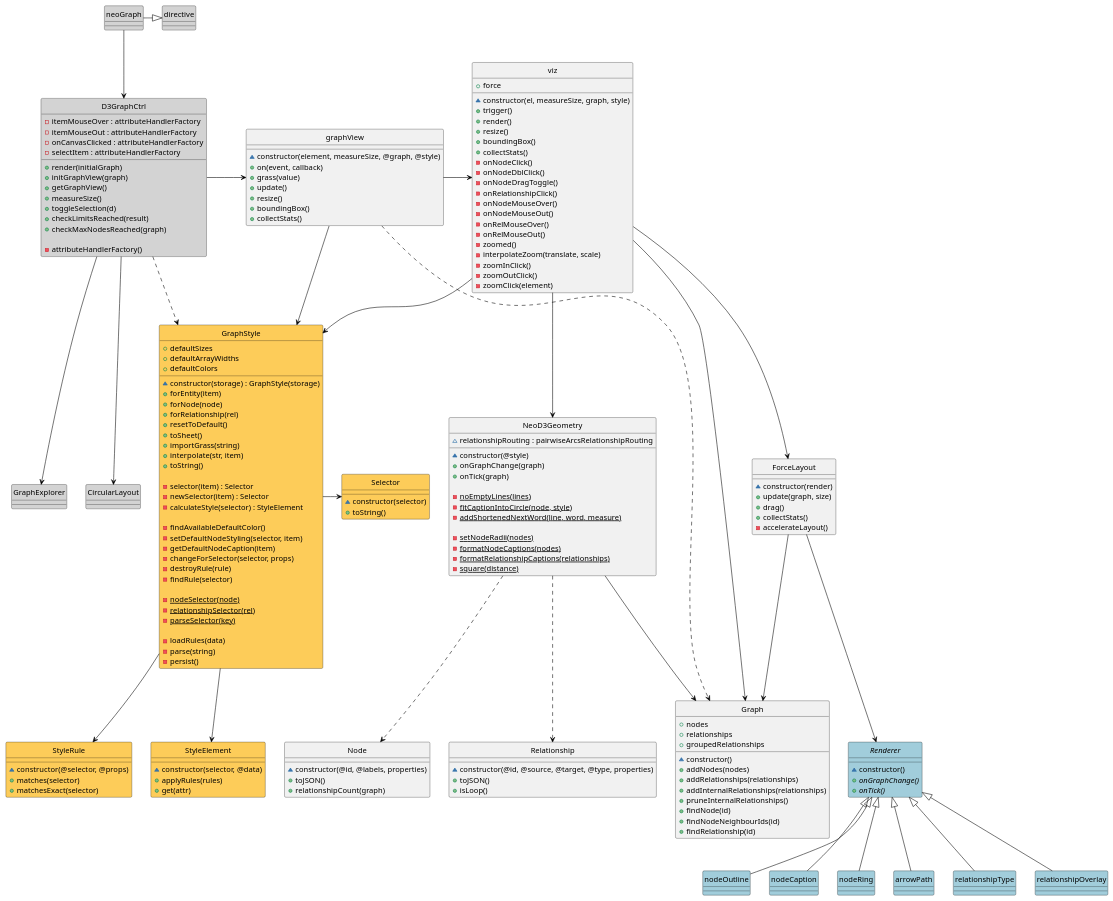
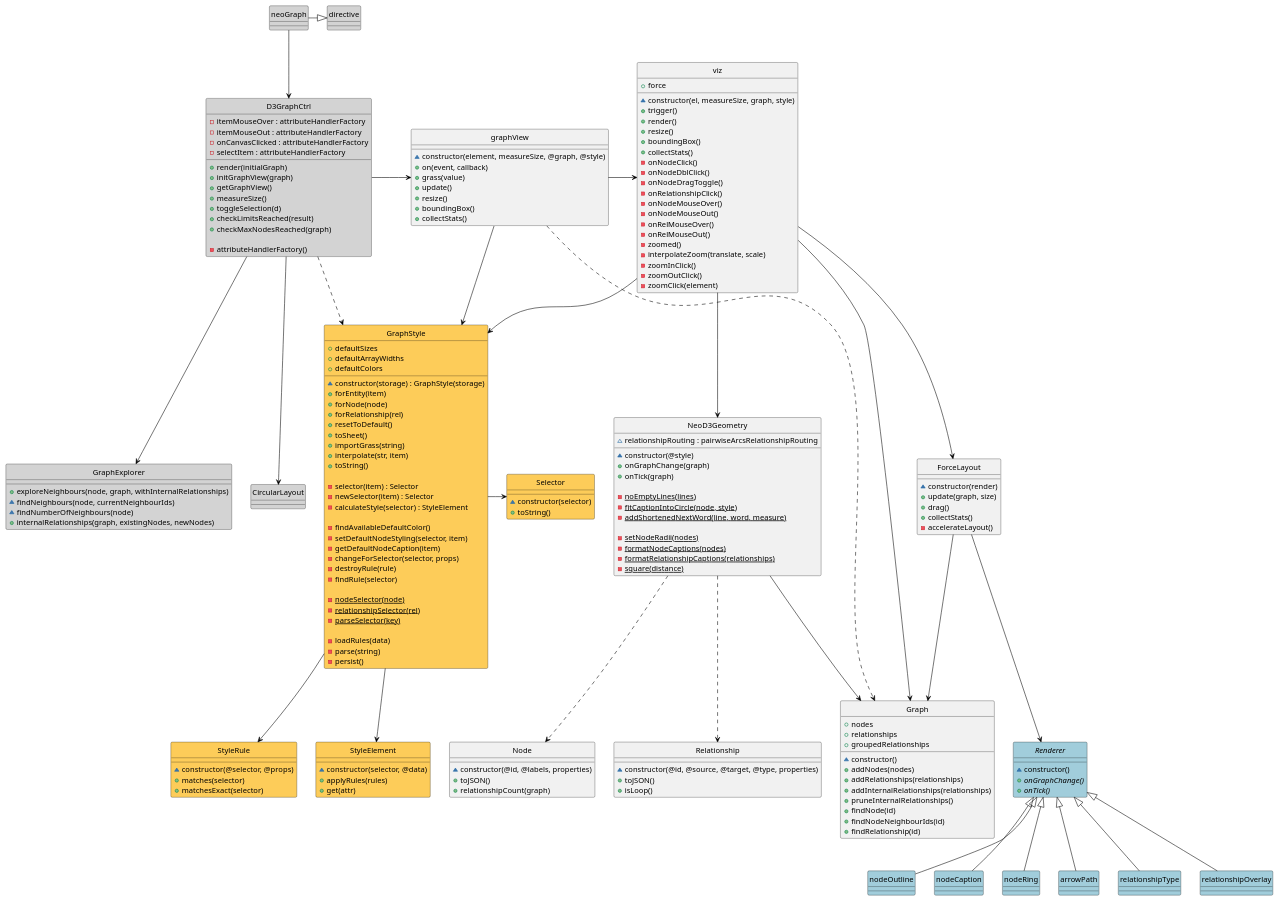
One commit to isleon/neo4j-browser changed the diagram in doc/neo4j-browser.puml. Above: the diagram before and after it, drawn with PlantUML. The commit also changed 1 other file, not shown here.

```diff
--- a/doc/neo4j-browser.puml
+++ b/doc/neo4j-browser.puml
@@ -32,6 +32,10 @@
 class directive #LightGray
 class GraphExplorer #LightGray {
     'constructor($q, Cypher, CypherGraphModel, Settings)
+    +exploreNeighbours(node, graph, withInternalRelationships)
+    ~findNeighbours(node, currentNeighbourIds)
+    ~findNumberOfNeighbours(node)
+    +internalRelationships(graph, existingNodes, newNodes)
 }
 class CircularLayout #LightGray
 
```
